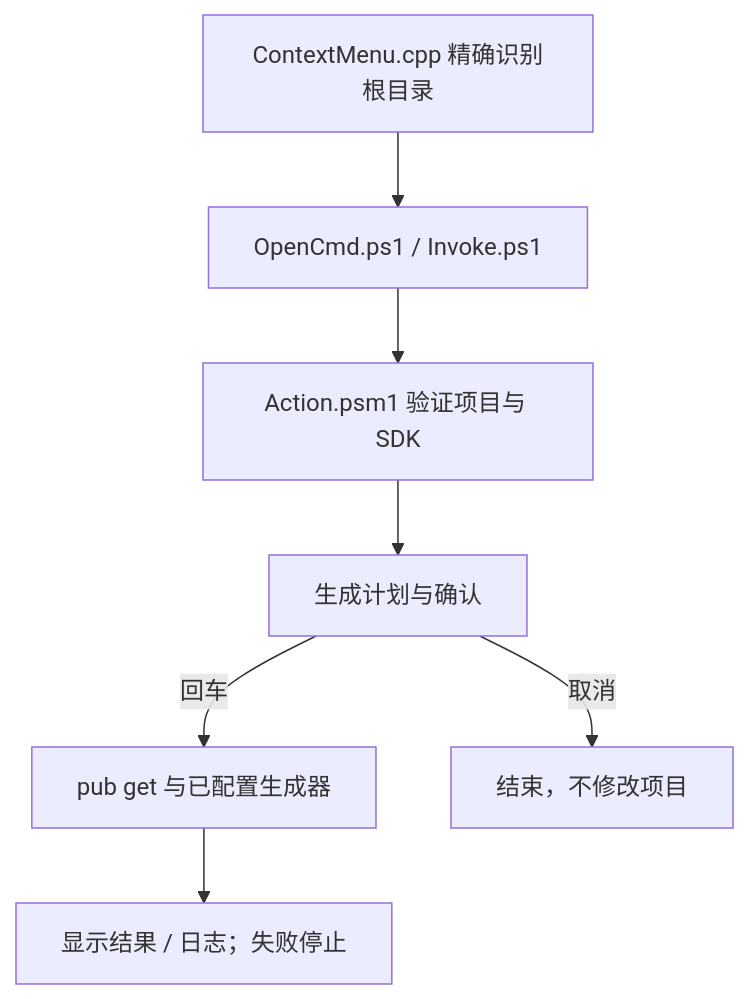
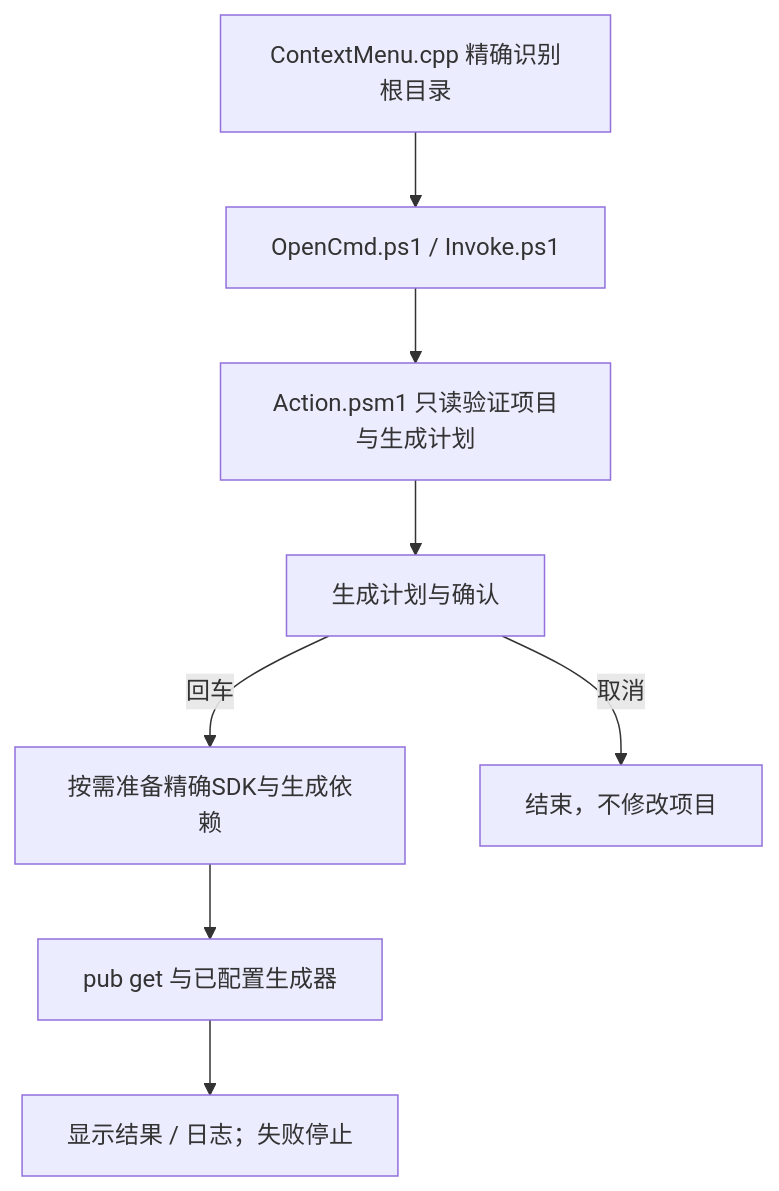
One commit to JobsKits/WindowsOS_Extension changed the diagram in JobsFlutterCodegen/README.md. Above: the diagram before and after it, drawn with Mermaid. The commit also changed other lines of this file and 1379 other files, not shown here.

````diff
--- a/JobsFlutterCodegen/README.md
+++ b/JobsFlutterCodegen/README.md
@@ -85,9 +89,10 @@
 ```mermaid
 flowchart TD
     A["ContextMenu.cpp 精确识别根目录"] --> B["OpenCmd.ps1 / Invoke.ps1"]
-    B --> C["Action.psm1 验证项目与 SDK"]
+    B --> C["Action.psm1 只读验证项目与生成计划"]
     C --> P["生成计划与确认"]
-    P -->|回车| D["pub get 与已配置生成器"]
+    P -->|回车| S["按需准备精确SDK与生成依赖"]
+    S --> D["pub get 与已配置生成器"]
     P -->|取消| X["结束，不修改项目"]
     D --> E["显示结果 / 日志；失败停止"]
 ```
````
